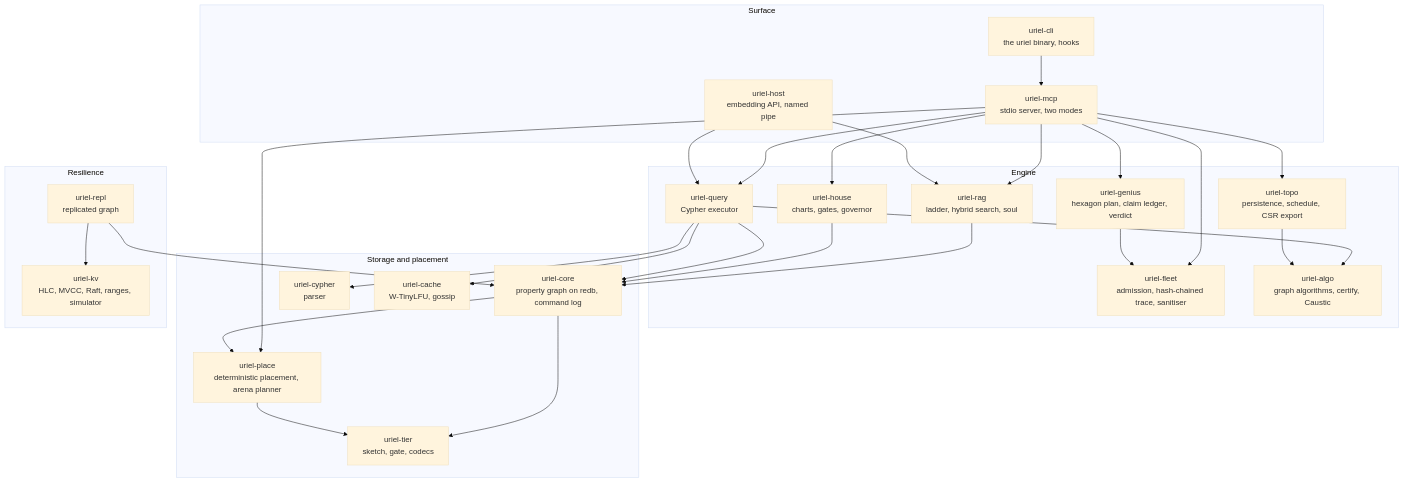
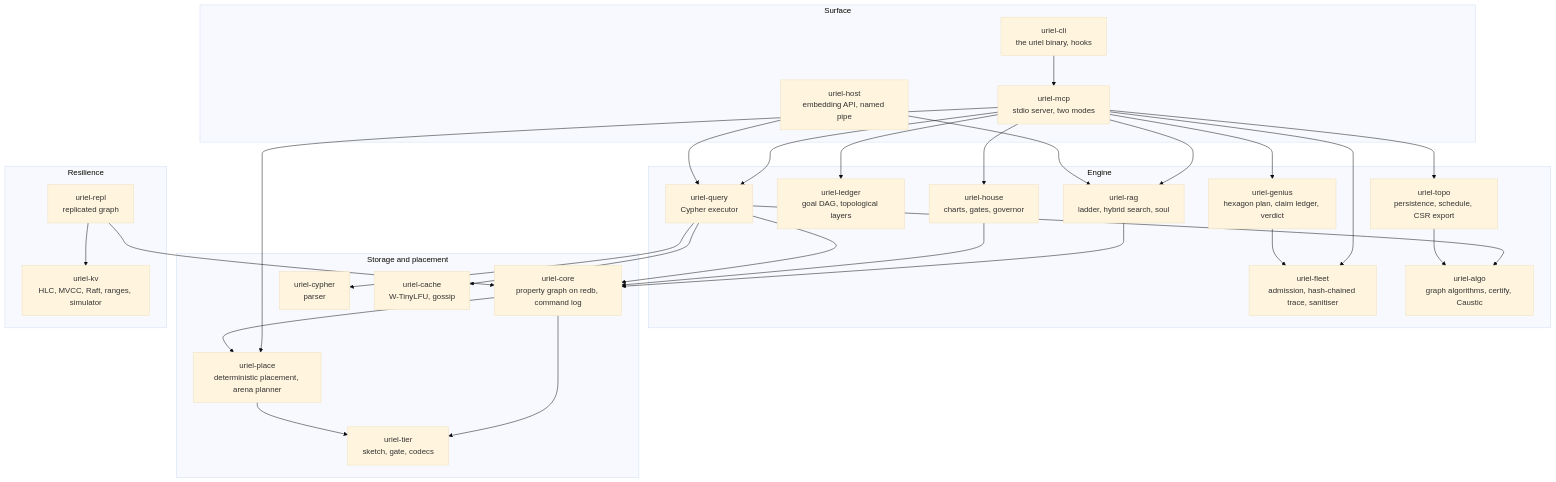
The second of 2 diagrams in README.md (teerthsharma/uriel), drawn with Mermaid (base theme) before and after one commit. The commit also changed other lines of this file and 23 other files, not shown here.

First line of the commit message:
observation deck, goal ledger with topological layers, Python next-prompt finder, safety record

````diff
--- a/README.md
+++ b/README.md
@@ -282,51 +287,53 @@
 ```mermaid
 flowchart TB
     subgraph surface["Surface"]
         cli["uriel-cli<br/>the uriel binary, hooks"]
         mcp["uriel-mcp<br/>stdio server, two modes"]
         host["uriel-host<br/>embedding API, named pipe"]
     end
     subgraph engine["Engine"]
         genius["uriel-genius<br/>hexagon plan, claim ledger, verdict"]
+        ledger["uriel-ledger<br/>goal DAG, topological layers"]
         fleet["uriel-fleet<br/>admission, hash-chained trace, sanitiser"]
         rag["uriel-rag<br/>ladder, hybrid search, soul"]
         house["uriel-house<br/>charts, gates, governor"]
         query["uriel-query<br/>Cypher executor"]
         topo["uriel-topo<br/>persistence, schedule, CSR export"]
         algo["uriel-algo<br/>graph algorithms, certify, Caustic"]
     end
     subgraph store["Storage and placement"]
         core["uriel-core<br/>property graph on redb, command log"]
         tier["uriel-tier<br/>sketch, gate, codecs"]
         place["uriel-place<br/>deterministic placement, arena planner"]
         cypher["uriel-cypher<br/>parser"]
         cache["uriel-cache<br/>W-TinyLFU, gossip"]
     end
     subgraph resilience["Resilience"]
         kv["uriel-kv<br/>HLC, MVCC, Raft, ranges, simulator"]
         repl["uriel-repl<br/>replicated graph"]
     end
     cli --> mcp
     mcp --> rag
     mcp --> genius
+    mcp --> ledger
     mcp --> fleet
     genius --> fleet
     mcp --> house
     mcp --> query
     mcp --> topo
     mcp --> place
     host --> rag
     host --> query
     rag --> core
     house --> core
     query --> core
     query --> cypher
     query --> cache
     query --> algo
     topo --> algo
     core --> tier
     core --> place
     place --> tier
     repl --> core
     repl --> kv
 ```
````
